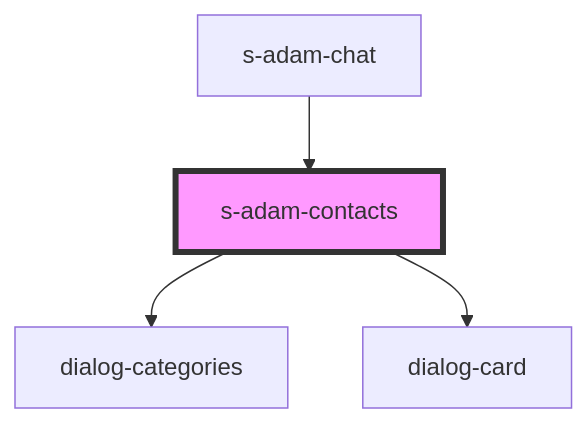
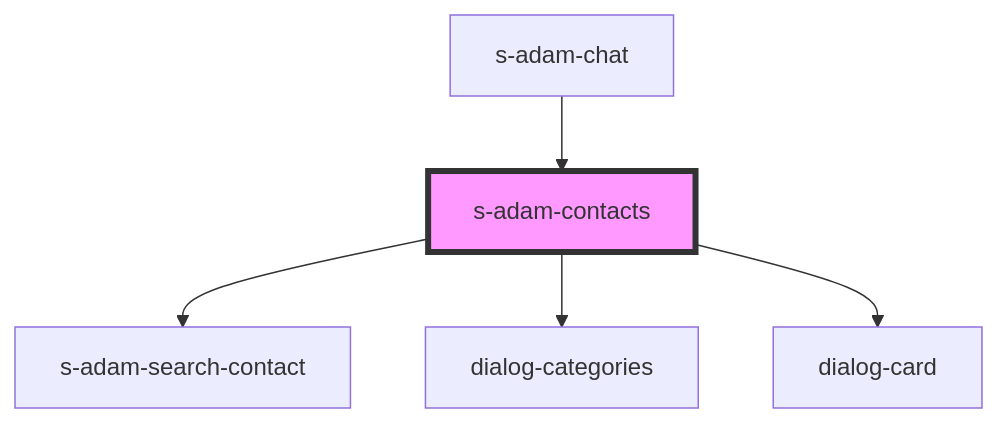
Before and after one commit to saqhan/stencil-chat: the diagram in src/components/comp/s-adam-contacts/readme.md, drawn with Mermaid. The commit also changed other lines of this file and 21 other files, not shown here.

````diff
--- a/src/components/comp/s-adam-contacts/readme.md
+++ b/src/components/comp/s-adam-contacts/readme.md
@@ -37,7 +38,8 @@
 ```mermaid
 graph TD;
+  s-adam-contacts --> s-adam-search-contact
   s-adam-contacts --> dialog-categories
   s-adam-contacts --> dialog-card
   s-adam-chat --> s-adam-contacts
   style s-adam-contacts fill:#f9f,stroke:#333,stroke-width:4px
 ```
````
